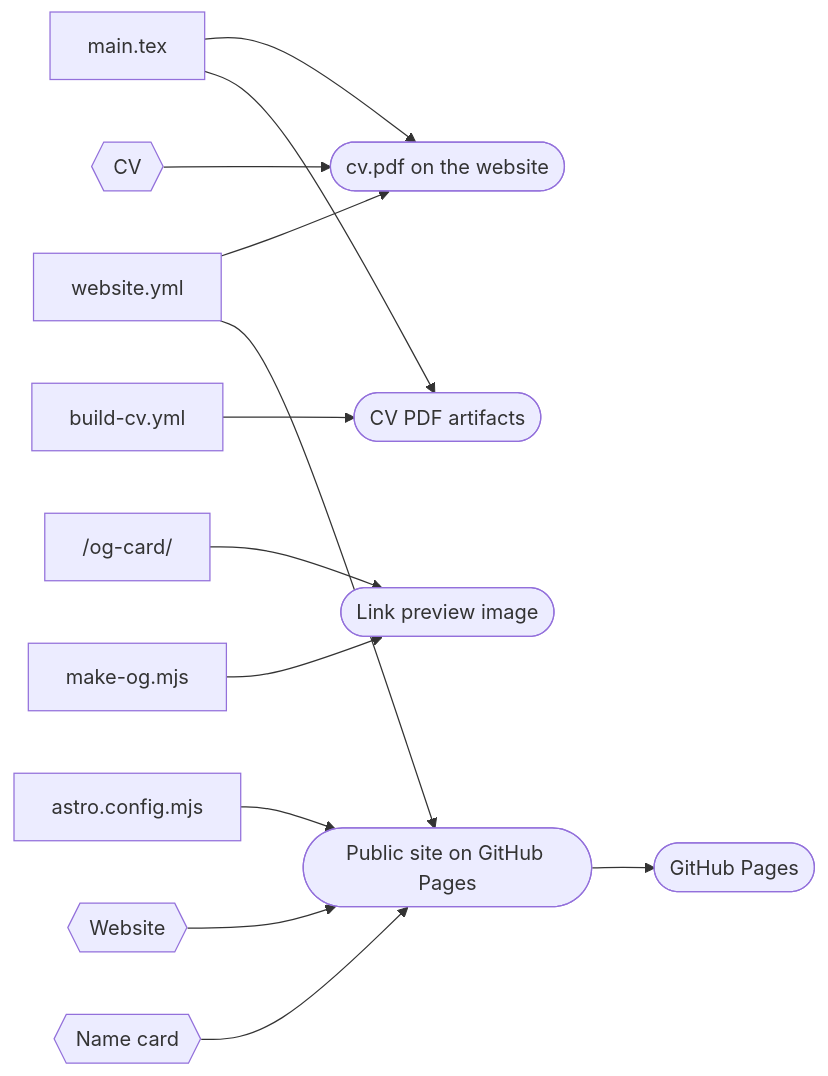
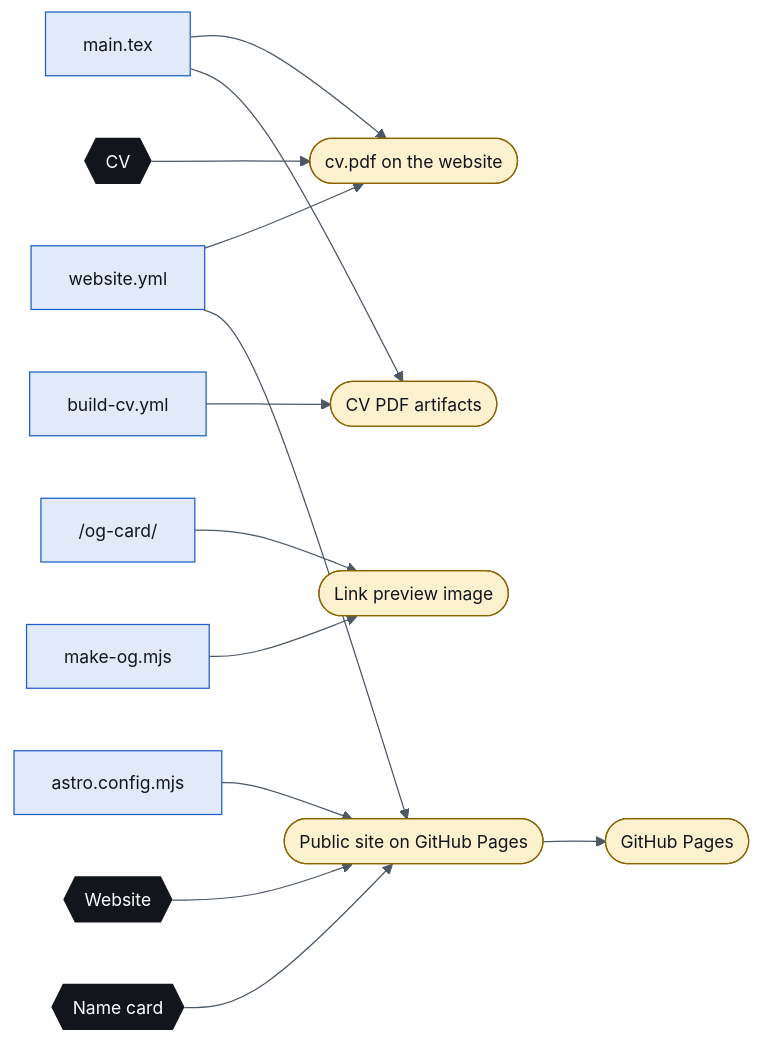
The first of 2 diagrams in docs/graph/README.md (DvEz373/Personal-Profile-Portfolio), drawn with Mermaid before and after one commit. The commit also changed other lines of this file and 13 other files, not shown here.

First line of the commit message:
Docs: designed diagrams in the site palette

````diff
--- a/docs/graph/README.md
+++ b/docs/graph/README.md
@@ -84,29 +84,35 @@
 ```mermaid
+%%{init: {"theme": "base", "themeVariables": {"fontSize": "14px", "primaryColor": "#ffffff", "primaryTextColor": "#12161c", "primaryBorderColor": "#12161c", "lineColor": "#4c5866", "secondaryColor": "#f3f5f7", "tertiaryColor": "#f3f5f7", "clusterBkg": "#f3f5f7", "clusterBorder": "#aeb8c3", "edgeLabelBackground": "#f3f5f7"}}}%%
 flowchart LR
-  n0{{"Name card"}}
-  n1{{"CV"}}
-  n2{{"Website"}}
-  n3(["cv.pdf on the website"])
-  n4["main.tex"]
+  classDef code fill:#e1eaf8,stroke:#1d5fc4,color:#12161c
+  classDef data fill:#d9f0ec,stroke:#0e8f7e,color:#12161c
+  classDef out fill:#fbf1cf,stroke:#8a6300,color:#12161c
+  classDef prod fill:#12161c,stroke:#12161c,color:#ffffff
+  classDef ext fill:#ffffff,stroke:#aeb8c3,color:#4c5866
+  n0{{"Name card"}}:::prod
+  n1{{"CV"}}:::prod
+  n2{{"Website"}}:::prod
+  n3(["cv.pdf on the website"]):::out
+  n4["main.tex"]:::code
   n4 --> n3
-  n5["website.yml"]
+  n5["website.yml"]:::code
   n5 --> n3
-  n6(["CV PDF artifacts"])
+  n6(["CV PDF artifacts"]):::out
   n4 --> n6
-  n7["build-cv.yml"]
+  n7["build-cv.yml"]:::code
   n7 --> n6
-  n8(["Link preview image"])
-  n9["/og-card/"]
+  n8(["Link preview image"]):::out
+  n9["/og-card/"]:::code
   n9 --> n8
-  n10["make-og.mjs"]
+  n10["make-og.mjs"]:::code
   n10 --> n8
-  n11(["Public site on GitHub Pages"])
+  n11(["Public site on GitHub Pages"]):::out
   n5 --> n11
-  n12["astro.config.mjs"]
+  n12["astro.config.mjs"]:::code
   n12 --> n11
-  n13(["GitHub Pages"])
+  n13(["GitHub Pages"]):::out
   n11 --> n13
   n2 --> n11
   n0 --> n11
   n1 --> n3
 ```
````
